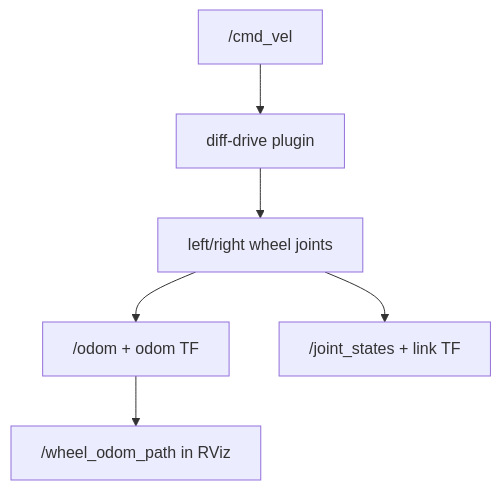
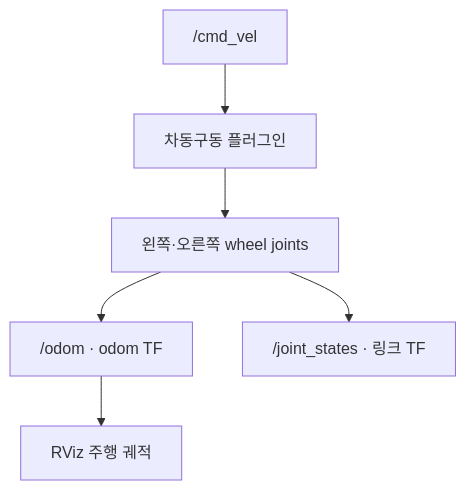
The second of 2 diagrams in docs/03_diffbot.md (kimhoyun-robotair/robotics-sim-tutorial-kr), drawn with Mermaid before and after one commit. The commit also changed other lines of this file and 66 other files, not shown here.

````diff
--- a/docs/03_diffbot.md
+++ b/docs/03_diffbot.md
@@ -298,8 +300,8 @@
 ```mermaid
 flowchart TB
-  C["/cmd_vel"] --> D["diff-drive plugin"]
-  D --> J["left/right wheel joints"]
-  J --> O["/odom + odom TF"]
-  J --> S["/joint_states + link TF"]
-  O --> P["/wheel_odom_path in RViz"]
+  C["/cmd_vel"] --> D["차동구동 플러그인"]
+  D --> J["왼쪽·오른쪽 wheel joints"]
+  J --> O["/odom · odom TF"]
+  J --> S["/joint_states · 링크 TF"]
+  O --> P["RViz 주행 궤적"]
 ```
````
